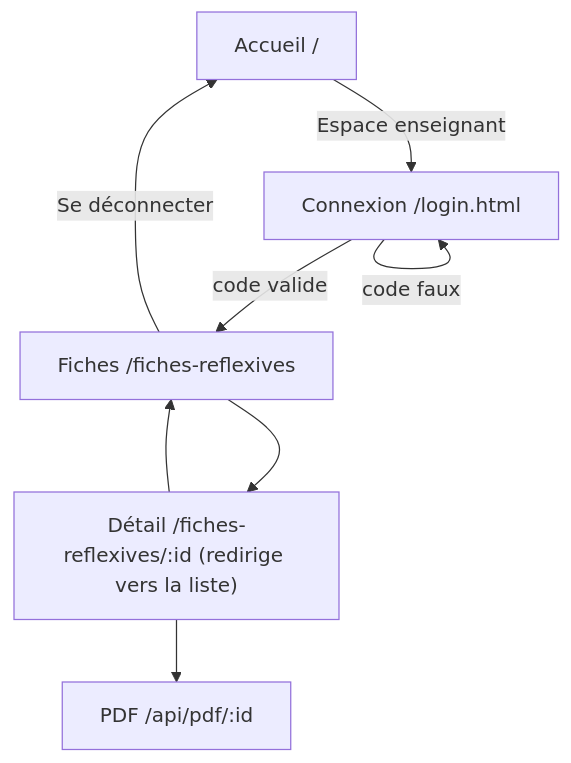
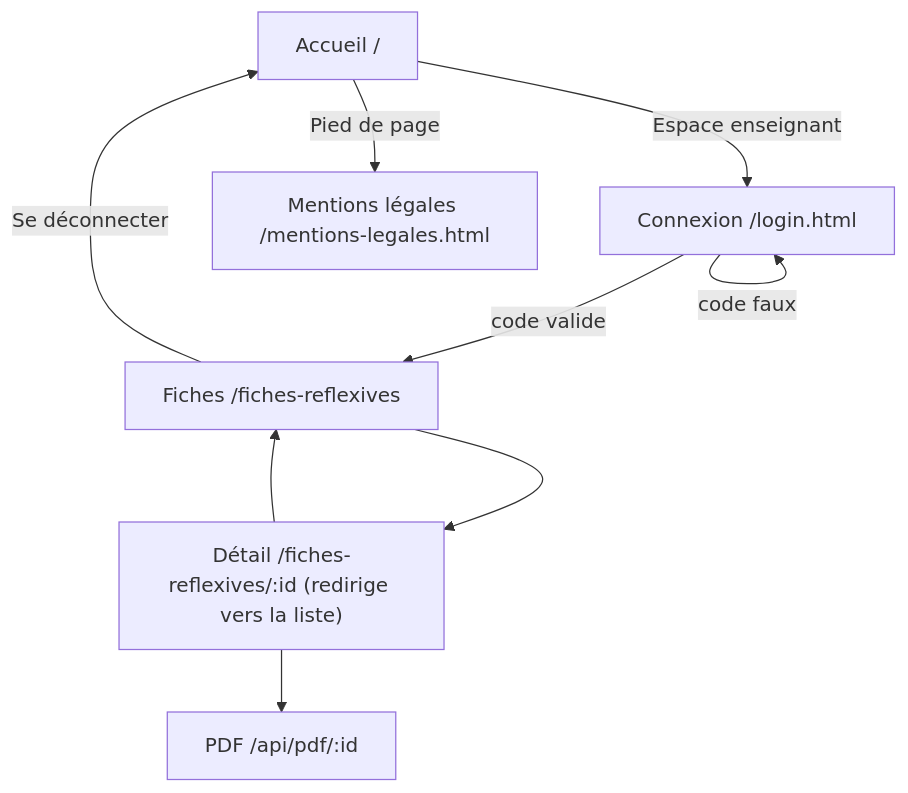
One commit to Korrighed/portfolio changed the first of 6 diagrams in docs/APP-FLOW.md. Above: the diagram before and after it, drawn with Mermaid. The commit also changed other lines of this file and 31 other files, not shown here.

````diff
--- a/docs/APP-FLOW.md
+++ b/docs/APP-FLOW.md
@@ -10,15 +10,17 @@
 ```mermaid
 flowchart TD
   Accueil["Accueil /"]
   Login["Connexion /login.html"]
   Liste["Fiches /fiches-reflexives"]
   Fiche["Détail /fiches-reflexives/:id (redirige vers la liste)"]
   Pdf["PDF /api/pdf/:id"]
+  Legal["Mentions légales /mentions-legales.html"]
+  Accueil -->|Pied de page| Legal
   Accueil -->|Espace enseignant| Login
   Login -->|code valide| Liste
   Login -->|code faux| Login
   Liste --> Fiche
   Fiche --> Pdf
   Fiche --> Liste
   Liste -->|Se déconnecter| Accueil
 ```
````
